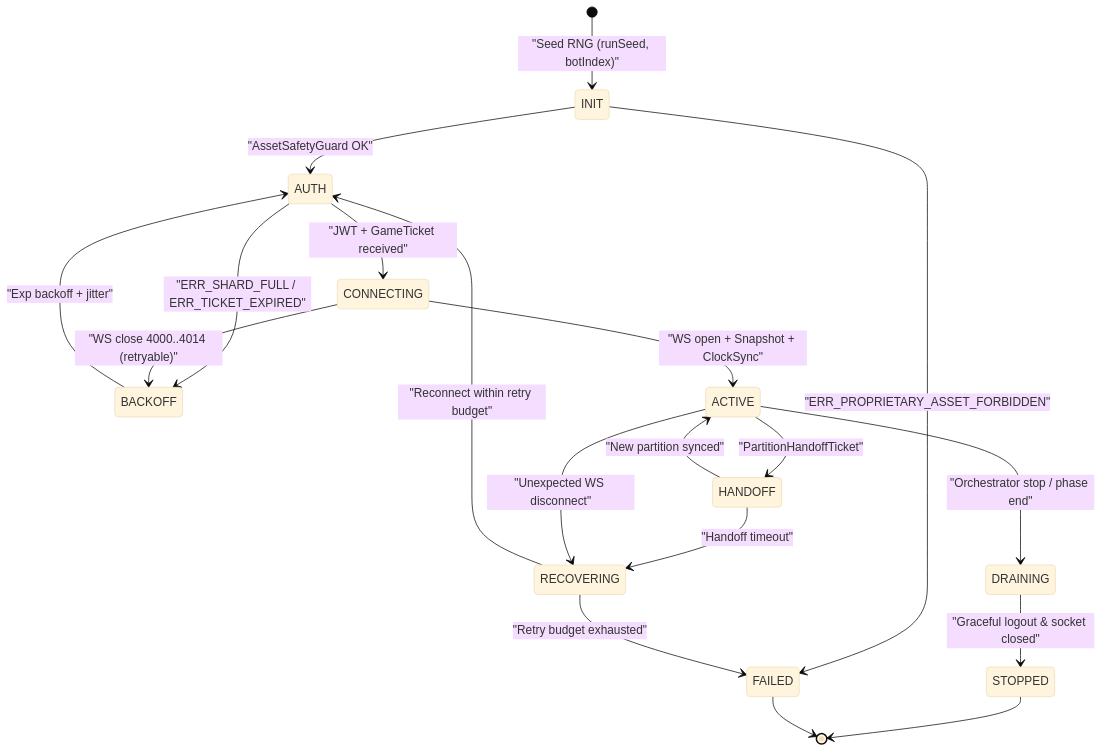
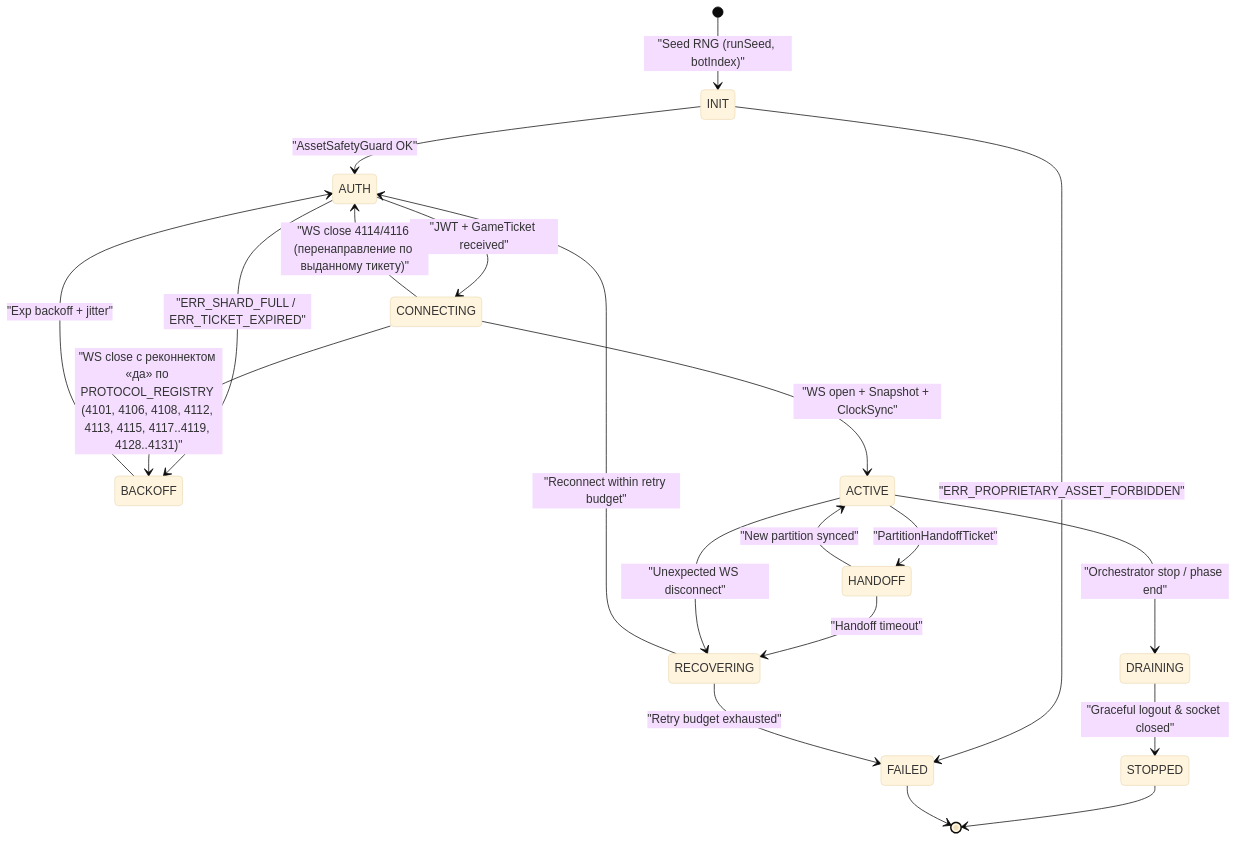
Before and after one commit to SergioAndreev/uo3: the third of 3 diagrams in openspec/changes/p35-load-and-acceptance-testing/design.md, drawn with Mermaid (base theme). The commit also changed other lines of this file and 188 other files, not shown here.

````diff
--- a/openspec/changes/p35-load-and-acceptance-testing/design.md
+++ b/openspec/changes/p35-load-and-acceptance-testing/design.md
@@ -200,21 +200,22 @@
 ```mermaid
 stateDiagram-v2
     [*] --> INIT: "Seed RNG (runSeed, botIndex)"
     INIT --> AUTH: "AssetSafetyGuard OK"
     INIT --> FAILED: "ERR_PROPRIETARY_ASSET_FORBIDDEN"
     AUTH --> CONNECTING: "JWT + GameTicket received"
     AUTH --> BACKOFF: "ERR_SHARD_FULL / ERR_TICKET_EXPIRED"
     BACKOFF --> AUTH: "Exp backoff + jitter"
     CONNECTING --> ACTIVE: "WS open + Snapshot + ClockSync"
-    CONNECTING --> BACKOFF: "WS close 4000..4014 (retryable)"
+    CONNECTING --> BACKOFF: "WS close с реконнектом «да» по PROTOCOL_REGISTRY (4101, 4106, 4108, 4112, 4113, 4115, 4117..4119, 4128..4131)"
+    CONNECTING --> AUTH: "WS close 4114/4116 (перенаправление по выданному тикету)"
     ACTIVE --> HANDOFF: "PartitionHandoffTicket"
     HANDOFF --> ACTIVE: "New partition synced"
     HANDOFF --> RECOVERING: "Handoff timeout"
     ACTIVE --> RECOVERING: "Unexpected WS disconnect"
     RECOVERING --> AUTH: "Reconnect within retry budget"
     RECOVERING --> FAILED: "Retry budget exhausted"
     ACTIVE --> DRAINING: "Orchestrator stop / phase end"
     DRAINING --> STOPPED: "Graceful logout & socket closed"
     STOPPED --> [*]
     FAILED --> [*]
 ```
````
